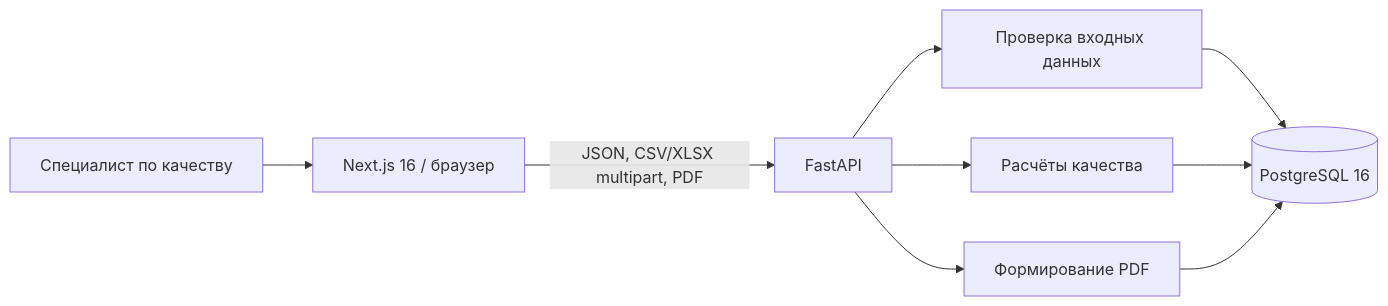
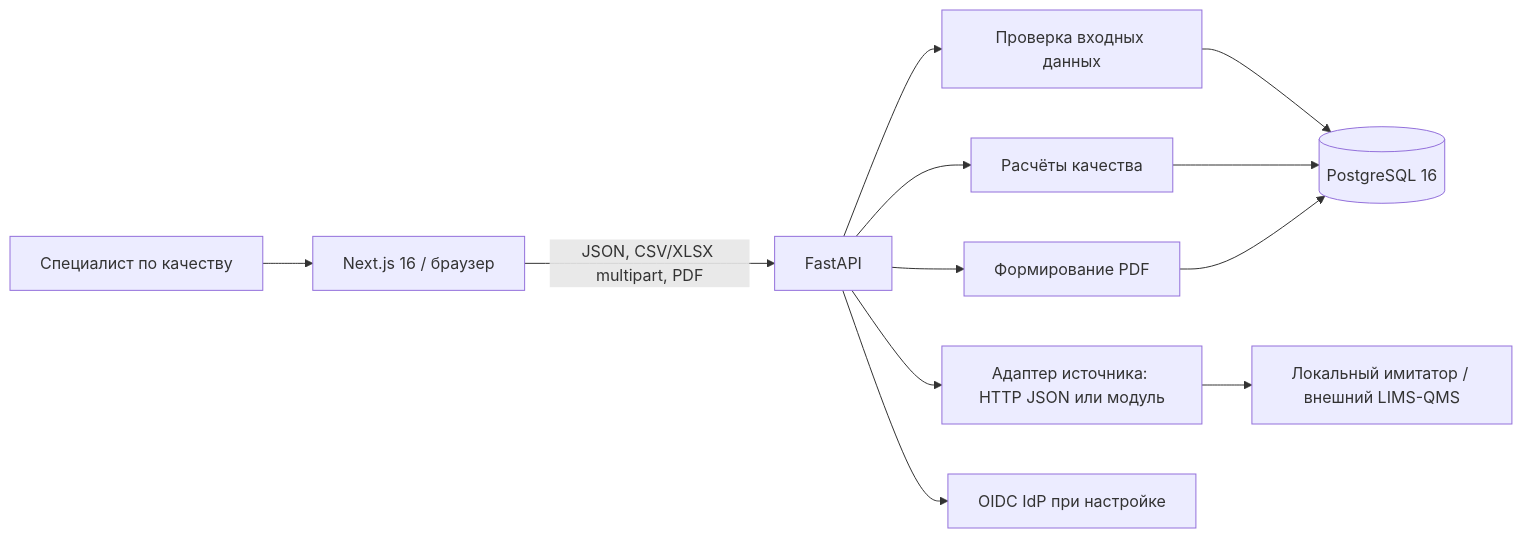
One commit to MCtext043/SASHE changed the diagram in docs/architecture.md. Above: the diagram before and after it, drawn with Mermaid. The commit also changed other lines of this file and 16 other files, not shown here.

````diff
--- a/docs/architecture.md
+++ b/docs/architecture.md
@@ -13,11 +13,14 @@
 ```mermaid
 flowchart LR
     U[Специалист по качеству] --> W[Next.js 16 / браузер]
     W -->|JSON, CSV/XLSX multipart, PDF| A[FastAPI]
     A --> V[Проверка входных данных]
     A --> Q[Расчёты качества]
     A --> P[Формирование PDF]
+    A --> S[Адаптер источника: HTTP JSON или модуль]
+    S --> L[Локальный имитатор / внешний LIMS-QMS]
+    A --> I[OIDC IdP при настройке]
     V --> DB[(PostgreSQL 16)]
     Q --> DB
     P --> DB
 ```
````
